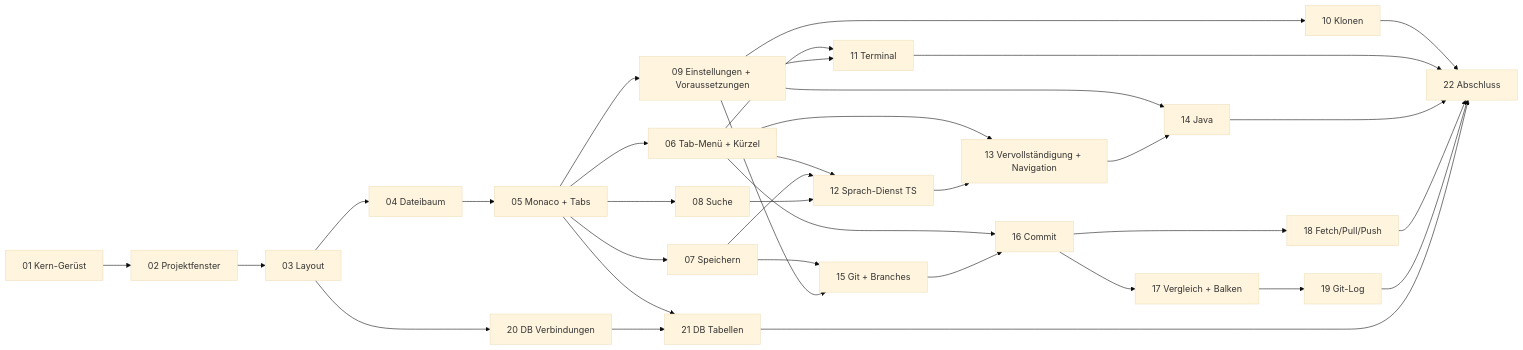
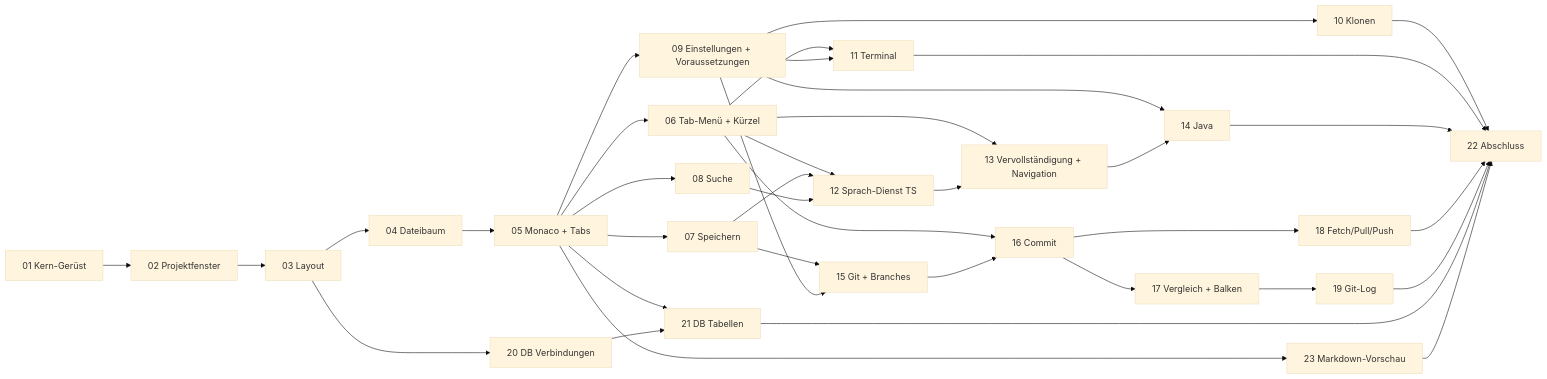
Before and after one commit to BonomoAlessandro/codium: the diagram in docs/tickets/README.md, drawn with Mermaid (base theme). The commit also changed other lines of this file and 3 other files, not shown here.

First line of the commit message:
Spezifikation und Ticket 23: Markdown-Vorschau

````diff
--- a/docs/tickets/README.md
+++ b/docs/tickets/README.md
@@ -90,37 +91,39 @@
 ```mermaid
 flowchart LR
   T01[01 Kern-Gerüst] --> T02[02 Projektfenster]
   T02 --> T03[03 Layout]
   T03 --> T04[04 Dateibaum]
   T04 --> T05[05 Monaco + Tabs]
   T05 --> T06[06 Tab-Menü + Kürzel]
   T05 --> T07[07 Speichern]
   T05 --> T08[08 Suche]
   T05 --> T09[09 Einstellungen + Voraussetzungen]
   T09 --> T10[10 Klonen]
   T06 --> T11[11 Terminal]
   T09 --> T11
   T06 --> T12[12 Sprach-Dienst TS]
   T07 --> T12
   T08 --> T12
   T06 --> T13[13 Vervollständigung + Navigation]
   T12 --> T13
   T09 --> T14[14 Java]
   T13 --> T14
   T07 --> T15[15 Git + Branches]
   T09 --> T15
   T06 --> T16[16 Commit]
   T15 --> T16
   T16 --> T17[17 Vergleich + Balken]
   T16 --> T18[18 Fetch/Pull/Push]
   T17 --> T19[19 Git-Log]
   T03 --> T20[20 DB Verbindungen]
   T05 --> T21[21 DB Tabellen]
   T20 --> T21
   T10 --> T22[22 Abschluss]
   T11 --> T22
   T14 --> T22
   T18 --> T22
   T19 --> T22
   T21 --> T22
+  T05 --> T23[23 Markdown-Vorschau]
+  T23 --> T22
 ```
````
